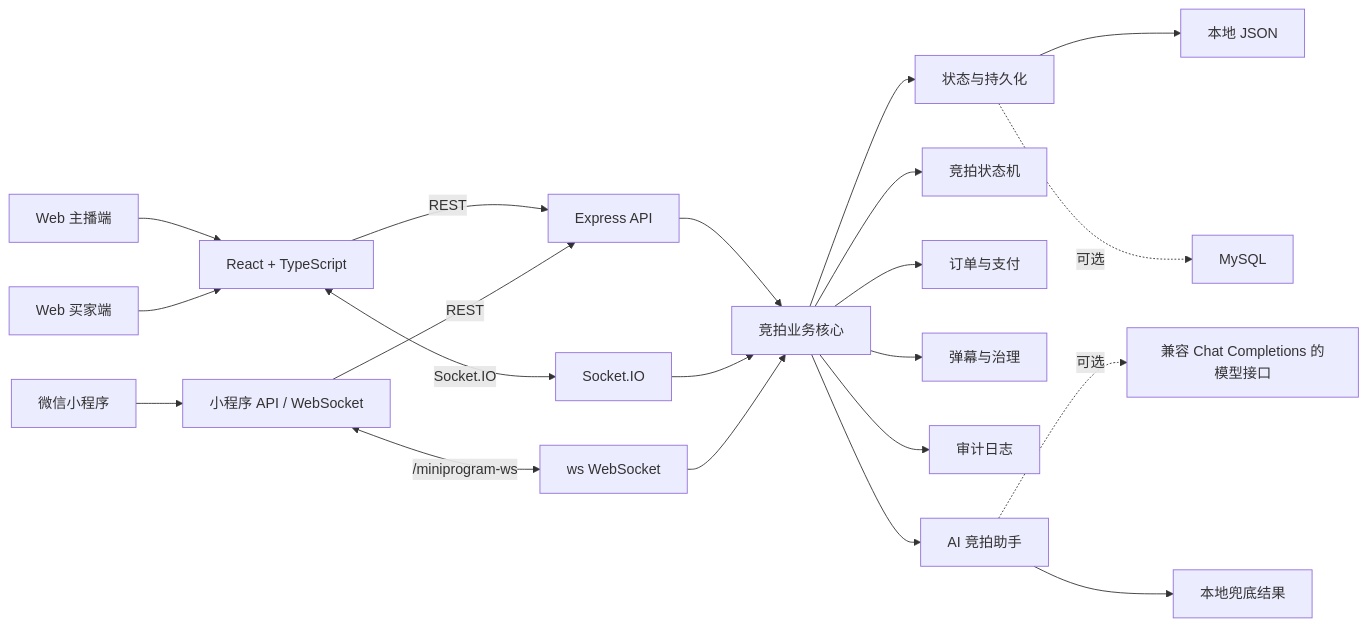
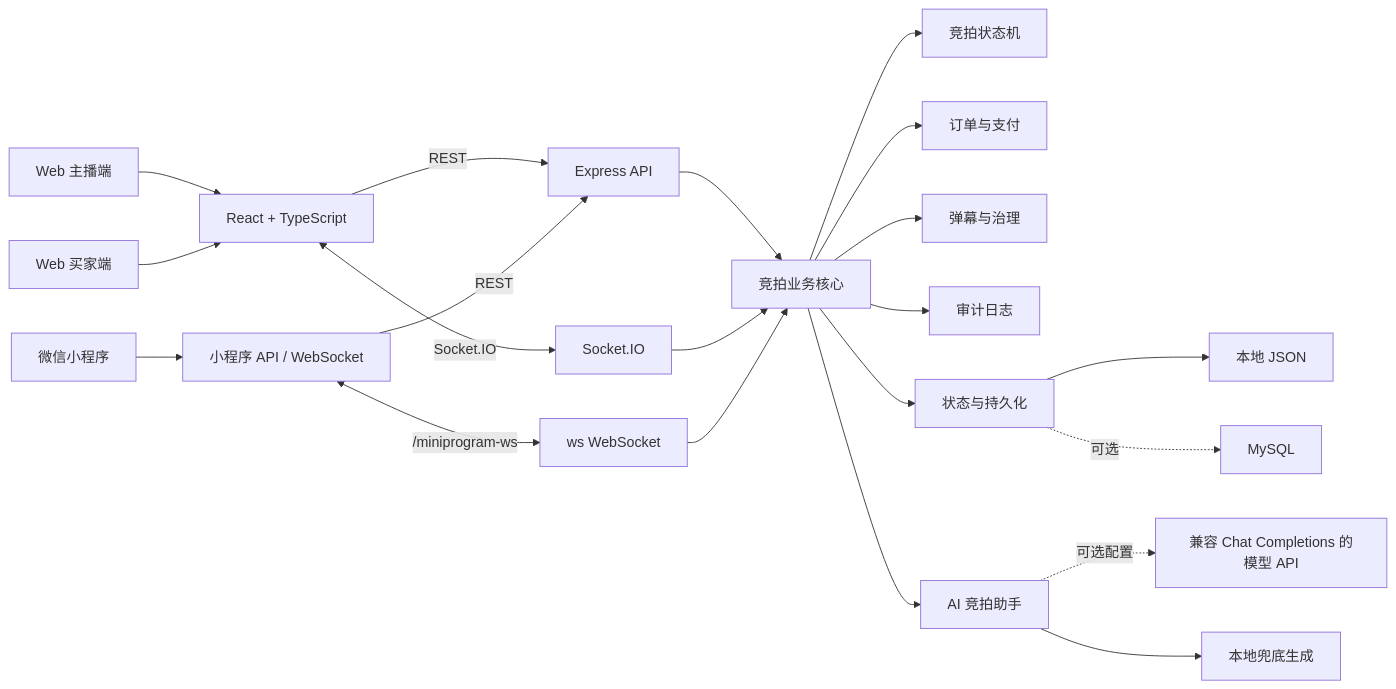
One commit to fafa-zero/realtime-auction-master changed the first of 2 diagrams in docs/final-demo-submission.md. Above: the diagram before and after it, drawn with Mermaid. The commit also changed other lines of this file, not shown here.

````diff
--- a/docs/final-demo-submission.md
+++ b/docs/final-demo-submission.md
@@ -316,27 +234,28 @@
 ```mermaid
 flowchart LR
   Host[Web 主播端] --> Web[React + TypeScript]
   Buyer[Web 买家端] --> Web
   Mini[微信小程序] --> MiniApi[小程序 API / WebSocket]
 
   Web -->|REST| API[Express API]
   Web <-->|Socket.IO| SIO[Socket.IO]
   MiniApi -->|REST| API
   MiniApi <-->|/miniprogram-ws| MWS[ws WebSocket]
 
   API --> Core[竞拍业务核心]
   SIO --> Core
   MWS --> Core
 
-  Core --> State[状态与持久化]
-  State --> Json[本地 JSON]
-  State -.可选.-> MySQL[MySQL]
-
   Core --> Auction[竞拍状态机]
   Core --> Order[订单与支付]
   Core --> Danmaku[弹幕与治理]
   Core --> Audit[审计日志]
+
+  Core --> Storage[状态与持久化]
+  Storage --> Json[本地 JSON]
+  Storage -.可选.-> MySQL[MySQL]
+
   Core --> AI[AI 竞拍助手]
-  AI -.可选.-> Model[兼容 Chat Completions 的模型接口]
-  AI --> Fallback[本地兜底结果]
+  AI -.可选配置.-> Model[兼容 Chat Completions 的模型 API]
+  AI --> Fallback[本地兜底生成]
 ```
````
